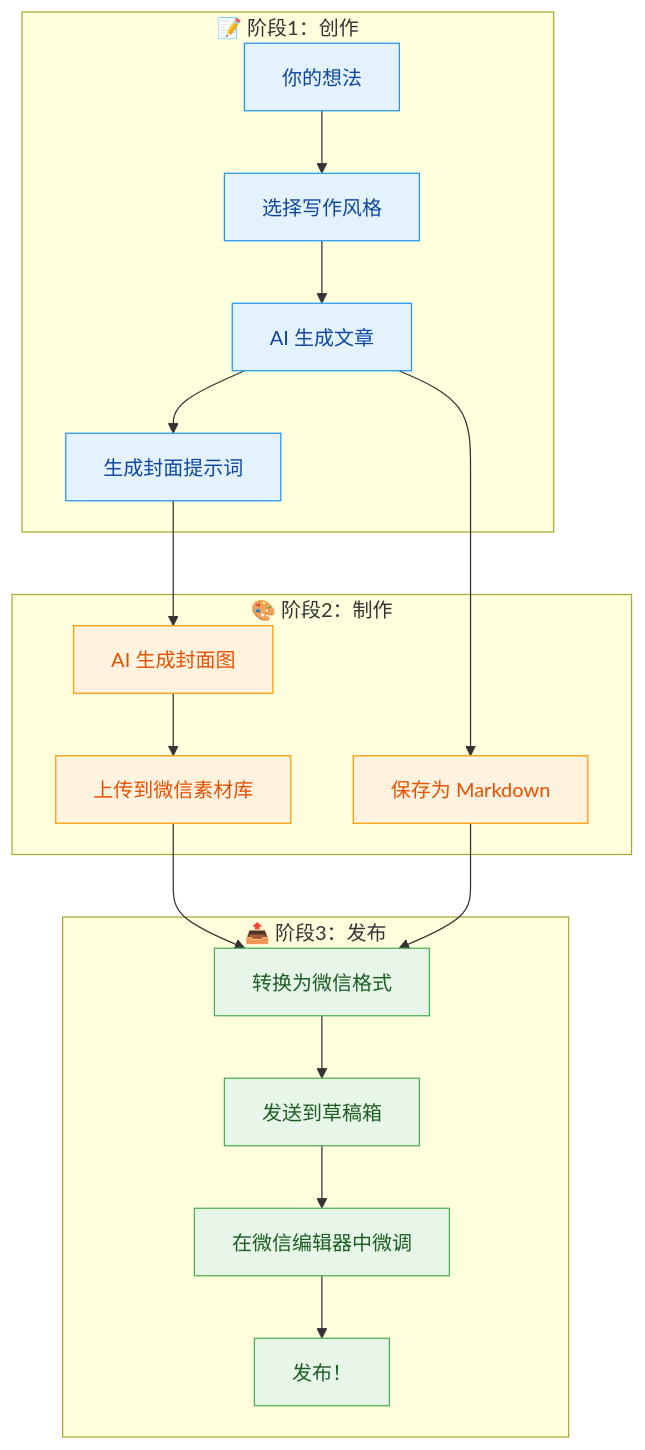
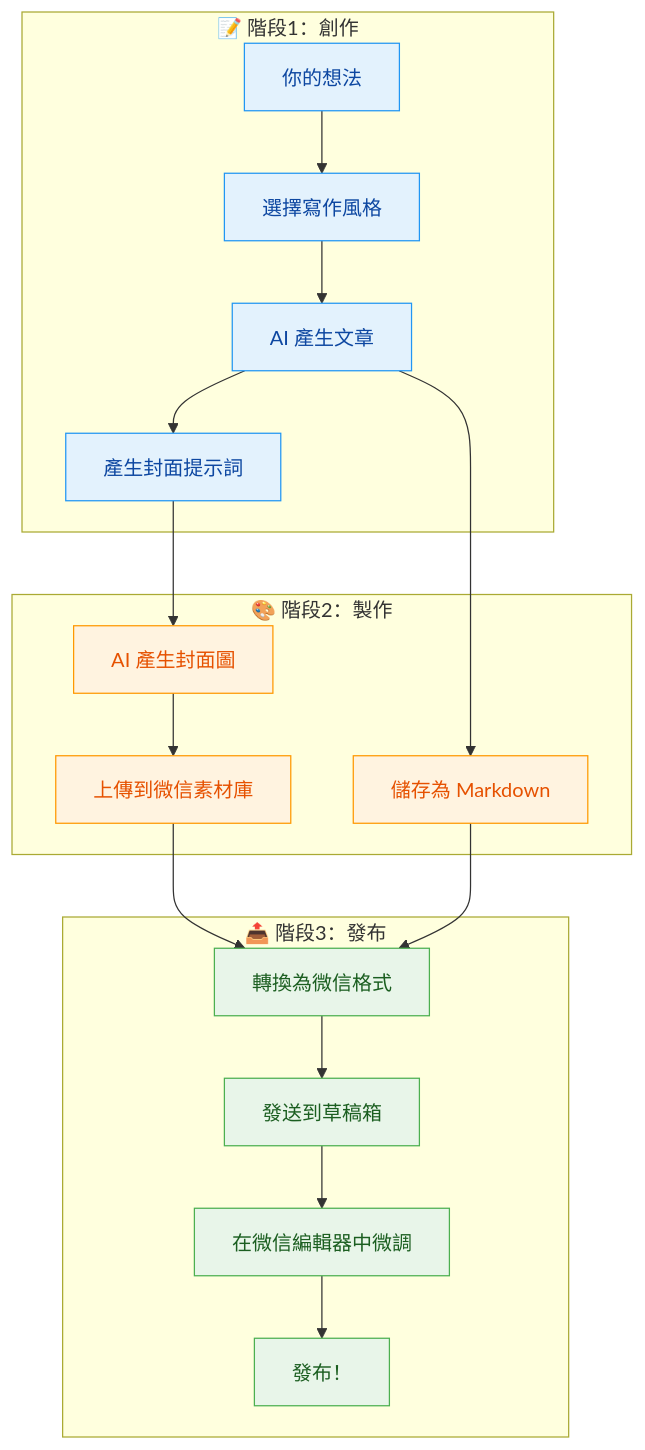
The fourth of 4 diagrams in README.md (lalawgwg99/InkFlow-Gemini), drawn with Mermaid before and after one commit. The commit also changed other lines of this file and 23 other files, not shown here.

````diff
--- a/README.md
+++ b/README.md
@@ -435,30 +435,30 @@
 ```mermaid
 flowchart TB
-    subgraph Phase1["📝 阶段1：创作"]
-        A1[你的想法] --> A2[选择写作风格]
-        A2 --> A3[AI 生成文章]
-        A3 --> A4[生成封面提示词]
+    subgraph Phase1["📝 階段1：創作"]
+        A1[你的想法] --> A2[選擇寫作風格]
+        A2 --> A3[AI 產生文章]
+        A3 --> A4[產生封面提示詞]
     end
 
-    subgraph Phase2["🎨 阶段2：制作"]
-        B1[AI 生成封面图] --> B2[上传到微信素材库]
+    subgraph Phase2["🎨 階段2：製作"]
+        B1[AI 產生封面圖] --> B2[上傳到微信素材庫]
         A4 --> B1
-        A3 --> B3[保存为 Markdown]
+        A3 --> B3[儲存為 Markdown]
     end
 
-    subgraph Phase3["📤 阶段3：发布"]
-        C1[转换为微信格式] --> C2[发送到草稿箱]
+    subgraph Phase3["📤 階段3：發布"]
+        C1[轉換為微信格式] --> C2[發送到草稿箱]
         B2 --> C1
         B3 --> C1
-        C2 --> C3[在微信编辑器中微调]
-        C3 --> C4[发布！]
+        C2 --> C3[在微信編輯器中微調]
+        C3 --> C4[發布！]
     end
 
     classDef phase1 fill:#e3f2fd,stroke:#2196f3,color:#0d47a1
     classDef phase2 fill:#fff3e0,stroke:#ff9800,color:#e65100
     classDef phase3 fill:#e8f5e9,stroke:#4caf50,color:#1b5e20
 
     class A1,A2,A3,A4 phase1
     class B1,B2,B3 phase2
     class C1,C2,C3,C4 phase3
 ```
````
